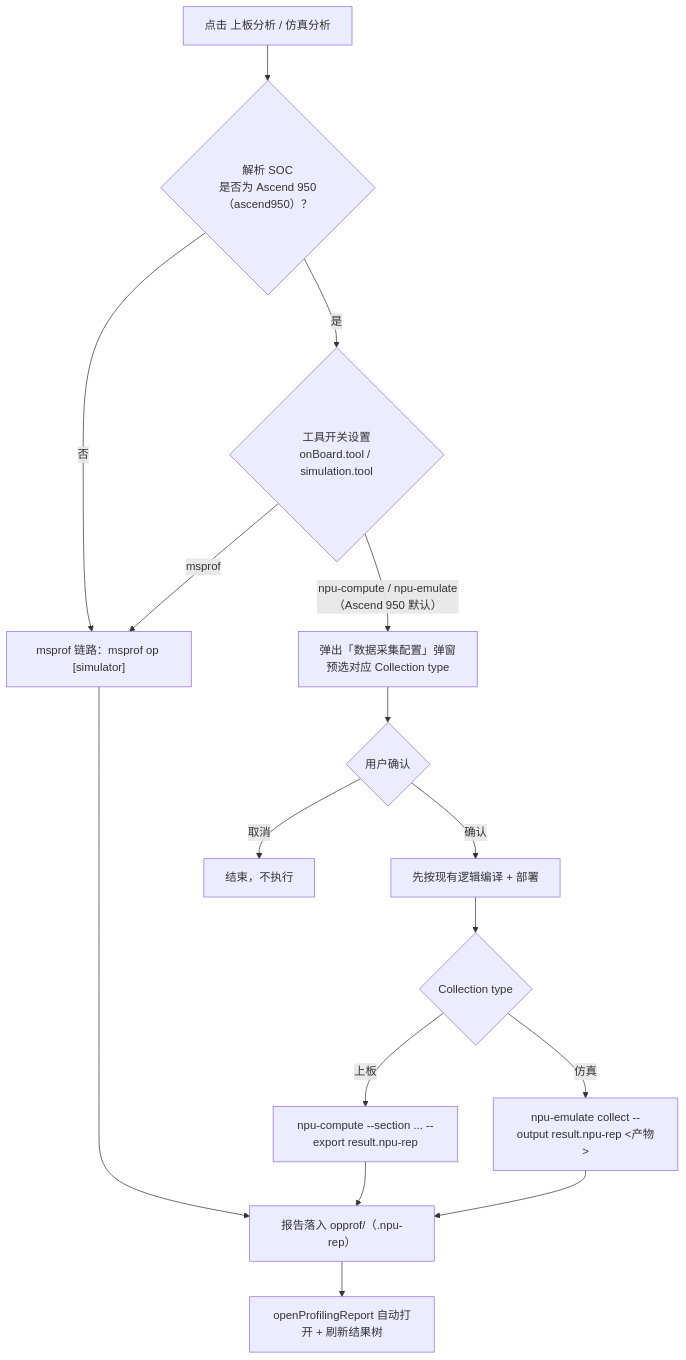
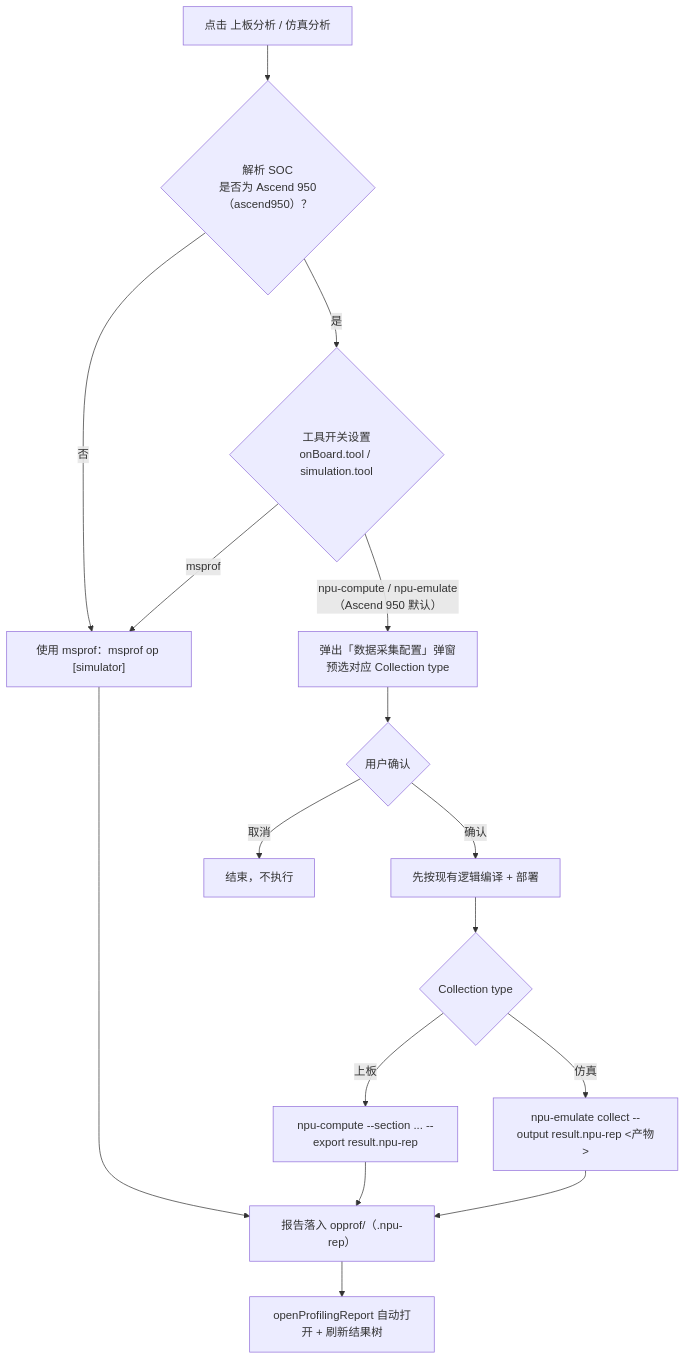
Before and after one commit to IdeFrontend/opdev_plugin: the fourth of 4 diagrams in docs/onboard_simulation_interaction.md, drawn with Mermaid. The commit also changed other lines of this file, not shown here.

````diff
--- a/docs/onboard_simulation_interaction.md
+++ b/docs/onboard_simulation_interaction.md
@@ -192,18 +192,18 @@
 ```mermaid
 flowchart TD
   Click["点击 上板分析 / 仿真分析"] --> IsA5{"解析 SOC<br/>是否为 Ascend 950（ascend950）？"}
-  IsA5 -->|否| Old["msprof 链路：msprof op [simulator]"]
+  IsA5 -->|否| Old["使用 msprof：msprof op [simulator]"]
   IsA5 -->|是| ToolCfg{"工具开关设置<br/>onBoard.tool / simulation.tool"}
   ToolCfg -->|msprof| Old
   ToolCfg -->|npu-compute / npu-emulate（Ascend 950 默认）| Dialog["弹出「数据采集配置」弹窗<br/>预选对应 Collection type"]
   Dialog --> Confirm{"用户确认"}
   Confirm -->|取消| Stop["结束，不执行"]
   Confirm -->|确认| Compile["先按现有逻辑编译 + 部署"]
   Compile --> NewTool{"Collection type"}
   NewTool -->|上板| NC["npu-compute --section ... --export result.npu-rep"]
   NewTool -->|仿真| NS["npu-emulate collect --output result.npu-rep <产物>"]
   NC --> Report["报告落入 opprof/<runId>（.npu-rep）"]
   NS --> Report
   Old --> Report
   Report --> AutoOpen["openProfilingReport 自动打开 + 刷新结果树"]
 ```
````
